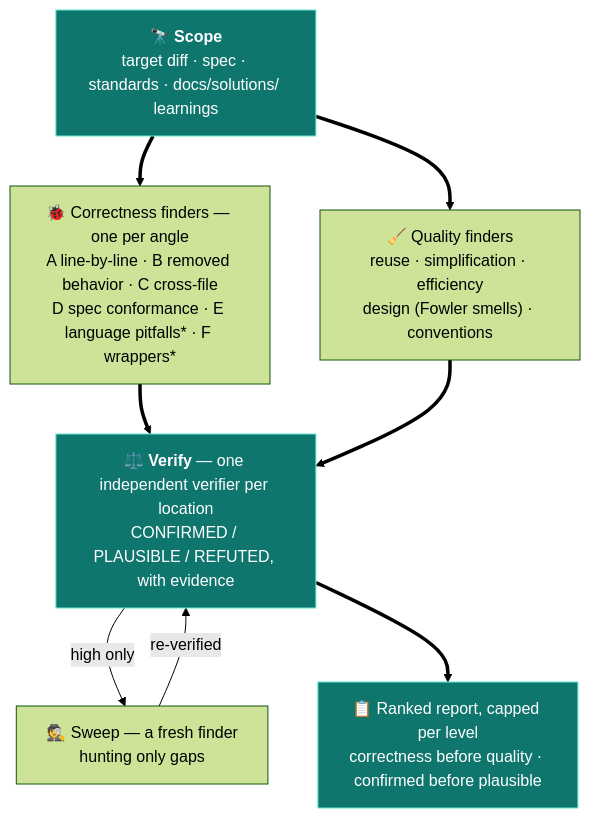
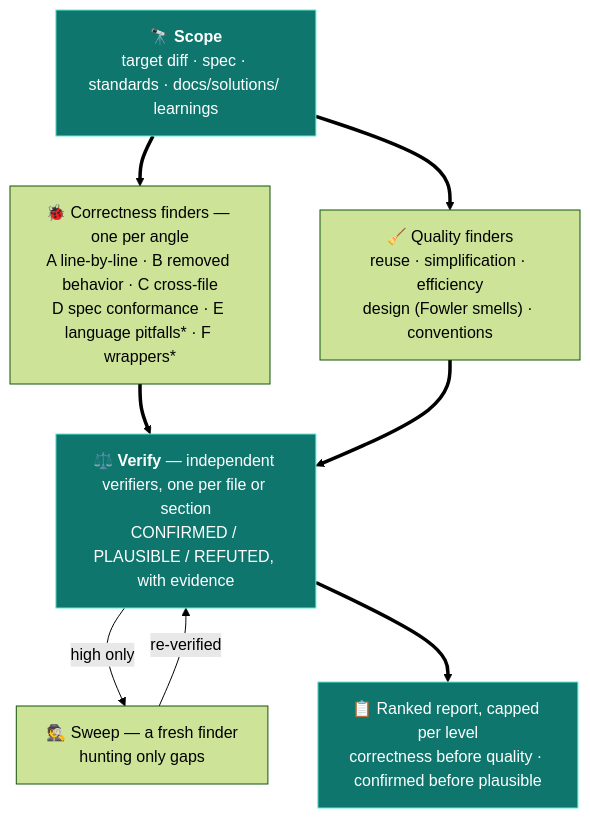
Before and after one commit to toverux/cantrips: the third of 5 diagrams in README.md, drawn with Mermaid (forest theme). The commit also changed other lines of this file and 3 other files, not shown here.

First line of the commit message:
fix(review-gate): group verifiers by what one read covers, so the skill describes the pipeline runs actually take

````diff
--- a/README.md
+++ b/README.md
@@ -340,14 +340,14 @@
 ```mermaid
 flowchart TD
     scope["🔭 <b>Scope</b><br/>target diff · spec · standards · docs/solutions/ learnings"]
     scope ==> corr["🐞 Correctness finders — one per angle<br/>A line-by-line · B removed behavior · C cross-file<br/>D spec conformance · E language pitfalls* · F wrappers*"]
     scope ==> qual["🧹 Quality finders<br/>reuse · simplification · efficiency<br/>design (Fowler smells) · conventions"]
-    corr ==> verify["⚖️ <b>Verify</b> — one independent verifier per location<br/>CONFIRMED / PLAUSIBLE / REFUTED, with evidence"]
+    corr ==> verify["⚖️ <b>Verify</b> — independent verifiers, one per file or section<br/>CONFIRMED / PLAUSIBLE / REFUTED, with evidence"]
     qual ==> verify
     verify -- "high only" --> sweep["🕵️ Sweep — a fresh finder<br/>hunting only gaps"]
     sweep -- "re-verified" --> verify
     verify ==> report["📋 Ranked report, capped per level<br/>correctness before quality · confirmed before plausible"]
 
     classDef gateNode fill:#0f766e,stroke:#5eead4,color:#ffffff
     class scope,verify,report gateNode
 ```
````
